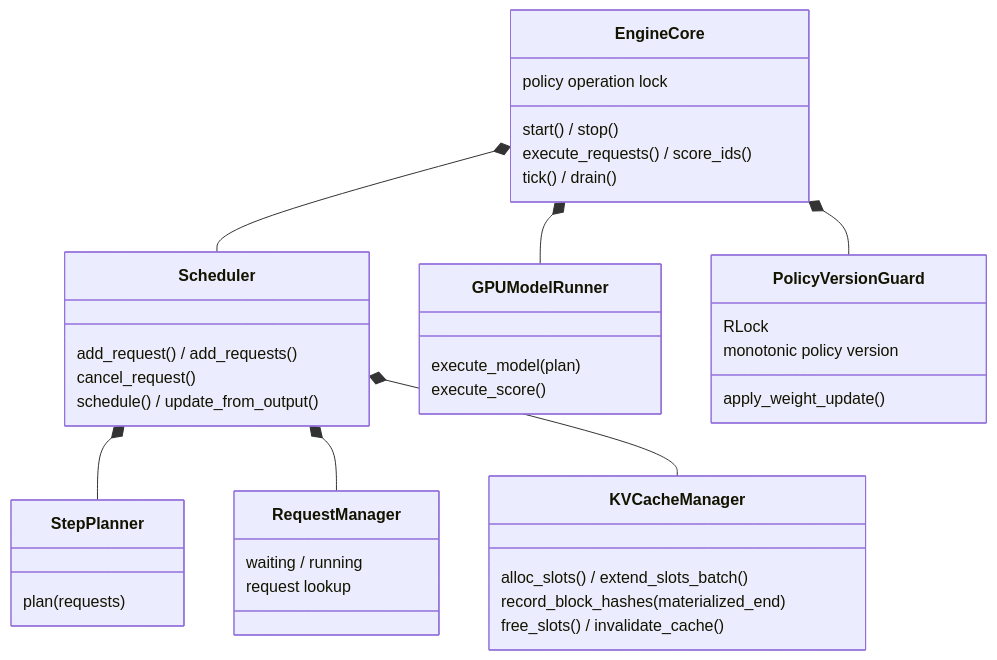
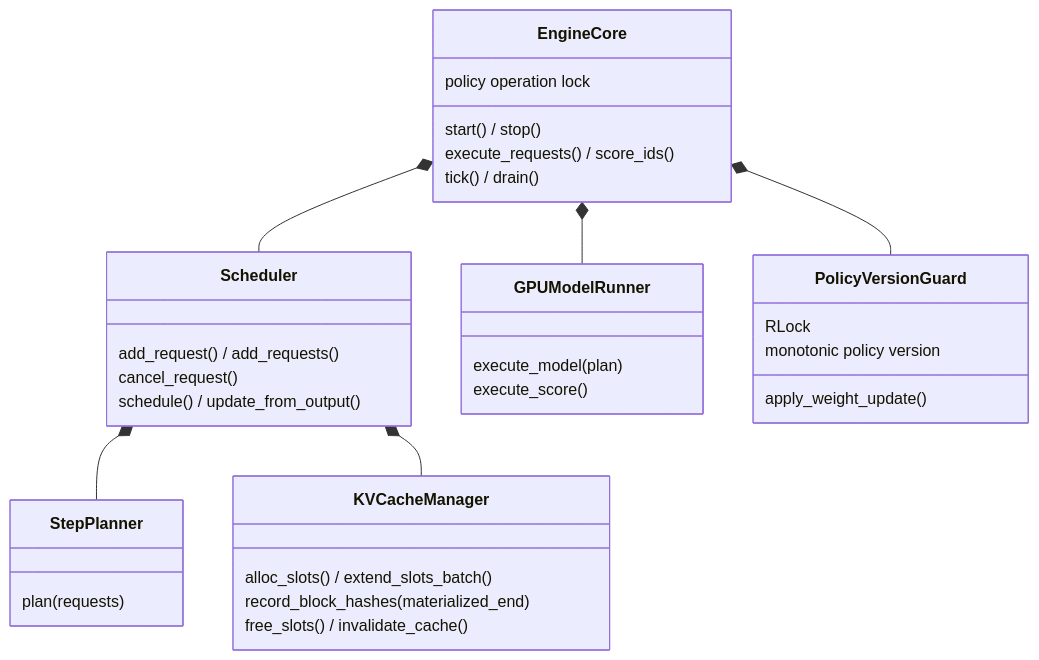
The diagram in docs/developer/inference/core.md (ViperEkura/AstrAI), drawn with Mermaid before and after one commit. The commit also changed other lines of this file and 28 other files, not shown here.

````diff
--- a/docs/developer/inference/core.md
+++ b/docs/developer/inference/core.md
@@ -16,43 +16,38 @@
 ```mermaid
 classDiagram
     direction TB
     class EngineCore {
         start() / stop()
         execute_requests() / score_ids()
         tick() / drain()
         policy operation lock
     }
     class Scheduler {
         add_request() / add_requests()
         cancel_request()
         schedule() / update_from_output()
     }
     class StepPlanner {
         plan(requests)
     }
     class GPUModelRunner {
         execute_model(plan)
         execute_score()
     }
-    class RequestManager {
-        waiting / running
-        request lookup
-    }
     class KVCacheManager {
         alloc_slots() / extend_slots_batch()
         record_block_hashes(materialized_end)
         free_slots() / invalidate_cache()
     }
     class PolicyVersionGuard {
         RLock
         monotonic policy version
         apply_weight_update()
     }
 
     EngineCore *-- Scheduler
     EngineCore *-- GPUModelRunner
     EngineCore *-- PolicyVersionGuard
     Scheduler *-- StepPlanner
-    Scheduler *-- RequestManager
     Scheduler *-- KVCacheManager
 ```
````
